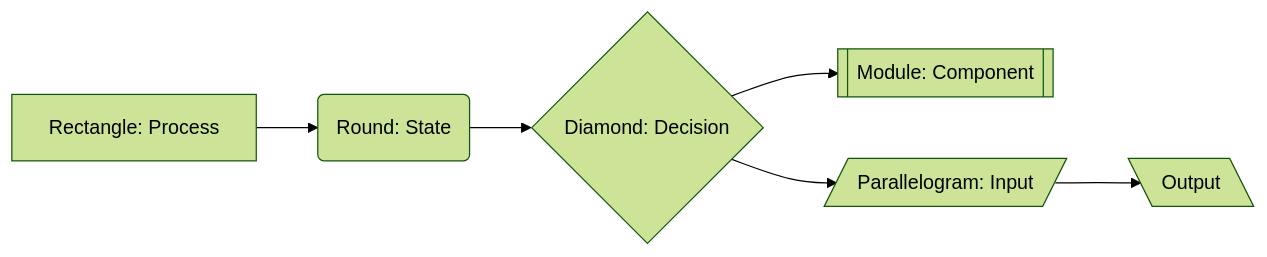
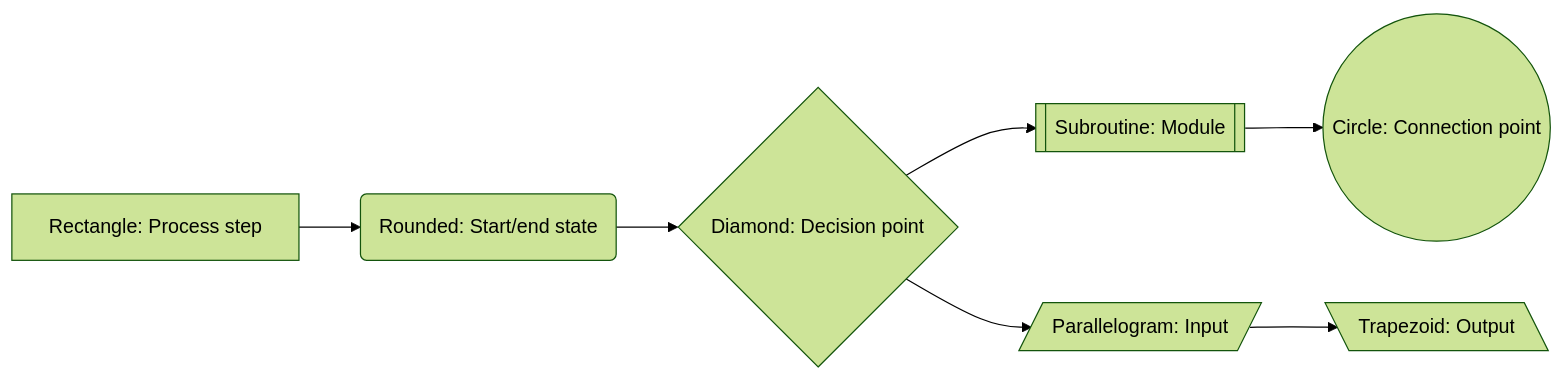
One commit to WISeAgent/blogs changed the fifth of 14 diagrams in docs/TechSavvy/mermaid-language-guide.md. Above: the diagram before and after it, drawn with Mermaid (forest theme). The commit also changed other lines of this file and 8 other files, not shown here.

Commit message:
enable mermaid support

````diff
--- a/docs/TechSavvy/mermaid-language-guide.md
+++ b/docs/TechSavvy/mermaid-language-guide.md
@@ -58,6 +90,7 @@
 ```mermaid
 flowchart LR
-    A[Rectangle: Process] --> B(Round: State)
-    B --> C{Diamond: Decision} --> D[[Module: Component]]
-    C --> E[/Parallelogram: Input/] --> F[\Output\]
+    A[Rectangle: Process step] --> B(Rounded: Start/end state)
+    B --> C{Diamond: Decision point} --> D[[Subroutine: Module]]
+    C --> E[/Parallelogram: Input/] --> F[\Trapezoid: Output\]
+    D --> G((Circle: Connection point))
 ```
````
